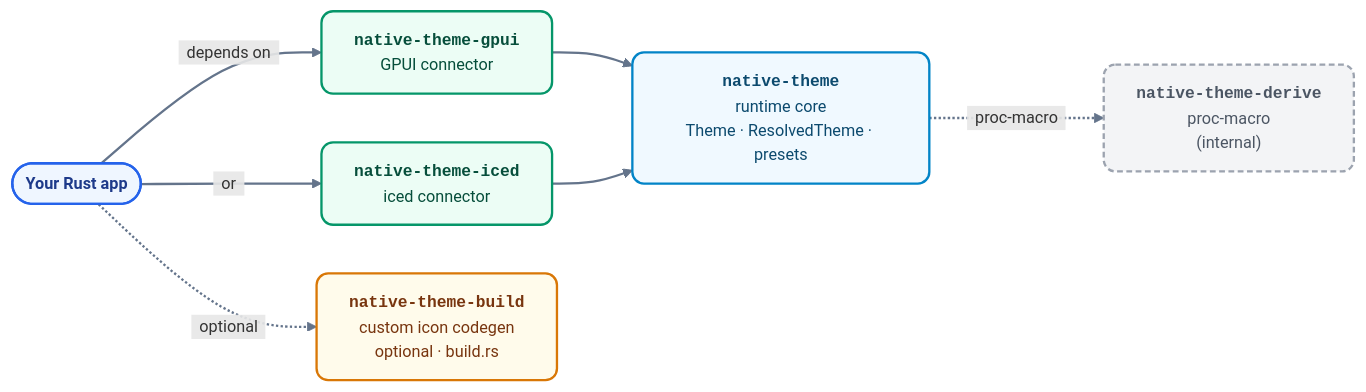
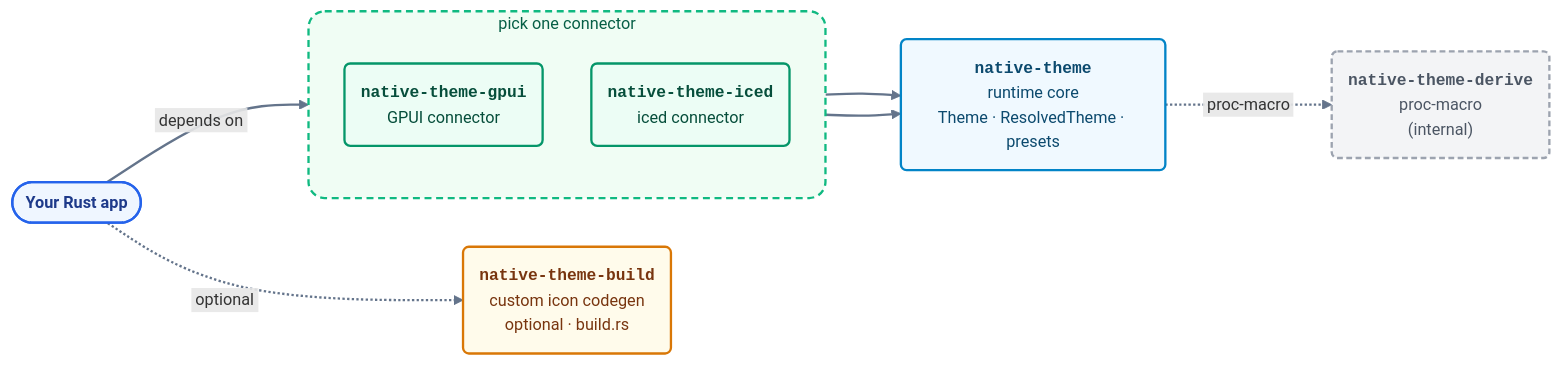
The diagram in docs/assets/crate-relations.mmd (tiborgats/native-theme), drawn with Mermaid before and after one commit. The commit also changed 2 other files, not shown here.

Commit message:
docs: group connectors in crate-relations diagram, drop redundant legend
The diagram now makes the "pick one connector" relationship visible
via a grouped subgraph, so the README's bullet-list legend is
redundant and removed.

```diff
--- a/docs/assets/crate-relations.mmd
+++ b/docs/assets/crate-relations.mmd
@@ -1,41 +1,46 @@
 ---
 config:
   flowchart:
     htmlLabels: true
     curve: basis
     nodeSpacing: 42
     rankSpacing: 65
     padding: 14
   themeVariables:
     fontFamily: '-apple-system, BlinkMacSystemFont, "Segoe UI", Roboto, sans-serif'
     fontSize: 14px
 ---
 flowchart LR
     App(["<b>Your Rust app</b>"])
 
-    NTG["<code><b>native-theme-gpui</b></code><br/><span style='color:#64748b;font-size:12px'>GPUI connector</span>"]
-    NTI["<code><b>native-theme-iced</b></code><br/><span style='color:#64748b;font-size:12px'>iced connector</span>"]
-    NTB["<code><b>native-theme-build</b></code><br/><span style='color:#64748b;font-size:12px'>custom icon codegen<br/>optional · build.rs</span>"]
-    NT["<code><b>native-theme</b></code><br/><span style='color:#64748b;font-size:12px'>runtime core<br/>Theme · ResolvedTheme · presets</span>"]
-    NTD["<code><b>native-theme-derive</b></code><br/><span style='color:#64748b;font-size:12px'>proc-macro<br/>(internal)</span>"]
+    subgraph Connectors["&nbsp;&nbsp;pick one connector&nbsp;&nbsp;"]
+        direction TB
+        NTG("<code><b>native-theme-gpui</b></code><br/><span style='color:#64748b;font-size:12px'>GPUI connector</span>")
+        NTI("<code><b>native-theme-iced</b></code><br/><span style='color:#64748b;font-size:12px'>iced connector</span>")
+    end
 
-    App -->|"&nbsp; depends on &nbsp;"| NTG
-    App -->|"&nbsp; or &nbsp;"| NTI
-    App -.->|"&nbsp; optional &nbsp;"| NTB
+    NTB("<code><b>native-theme-build</b></code><br/><span style='color:#64748b;font-size:12px'>custom icon codegen<br/>optional · build.rs</span>")
+    NT("<code><b>native-theme</b></code><br/><span style='color:#64748b;font-size:12px'>runtime core<br/>Theme · ResolvedTheme · presets</span>")
+    NTD("<code><b>native-theme-derive</b></code><br/><span style='color:#64748b;font-size:12px'>proc-macro<br/>(internal)</span>")
+
+    App -->|"&nbsp;depends on&nbsp;"| Connectors
+    App -.->|"&nbsp;optional&nbsp;"| NTB
     NTG --> NT
     NTI --> NT
-    NT -.->|"&nbsp; proc-macro &nbsp;"| NTD
+    NT -.->|"&nbsp;proc-macro&nbsp;"| NTD
 
-    classDef app fill:#eff6ff,stroke:#2563eb,stroke-width:2px,color:#1e3a8a,rx:12,ry:12
-    classDef runtime fill:#f0f9ff,stroke:#0284c7,stroke-width:2px,color:#0c4a6e,rx:10,ry:10
-    classDef connector fill:#ecfdf5,stroke:#059669,stroke-width:2px,color:#064e3b,rx:10,ry:10
-    classDef optional fill:#fffbeb,stroke:#d97706,stroke-width:2px,color:#78350f,rx:10,ry:10
-    classDef internal fill:#f3f4f6,stroke:#9ca3af,stroke-dasharray:5 3,stroke-width:2px,color:#4b5563,rx:10,ry:10
+    classDef app fill:#eff6ff,stroke:#2563eb,stroke-width:2px,color:#1e3a8a
+    classDef runtime fill:#f0f9ff,stroke:#0284c7,stroke-width:2px,color:#0c4a6e
+    classDef connector fill:#ecfdf5,stroke:#059669,stroke-width:2px,color:#064e3b
+    classDef optional fill:#fffbeb,stroke:#d97706,stroke-width:2px,color:#78350f
+    classDef internal fill:#f3f4f6,stroke:#9ca3af,stroke-dasharray:5 3,stroke-width:2px,color:#4b5563
+    classDef connectorGroup fill:#f0fdf4,stroke:#10b981,stroke-width:2px,stroke-dasharray:6 4,color:#065f46,rx:14,ry:14
 
     class App app
     class NT runtime
     class NTG,NTI connector
     class NTB optional
     class NTD internal
+    class Connectors connectorGroup
 
     linkStyle default stroke:#64748b,stroke-width:2px
```
